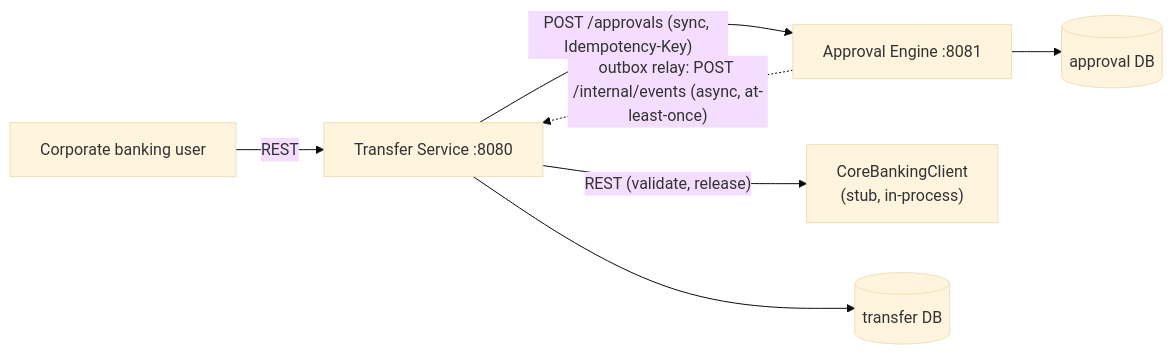
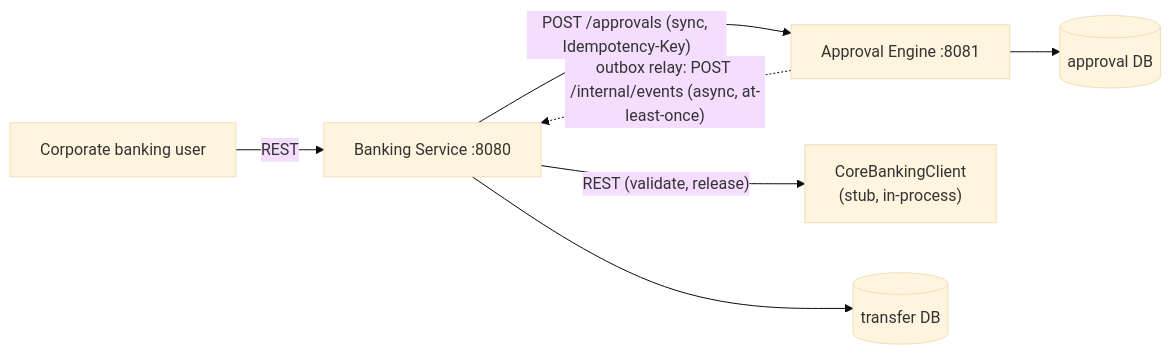
One commit to skcchoudhary21/vision-hld changed the diagram in docs/hld.md. Above: the diagram before and after it, drawn with Mermaid (base theme). The commit also changed other lines of this file and 46 other files, not shown here.

````diff
--- a/docs/hld.md
+++ b/docs/hld.md
@@ -16,9 +16,9 @@
 ```mermaid
 flowchart LR
-    User["Corporate banking user"] -->|"REST"| TS["Transfer Service :8080"]
+    User["Corporate banking user"] -->|"REST"| TS["Banking Service :8080"]
     TS -->|"POST /approvals (sync, Idempotency-Key)"| AE["Approval Engine :8081"]
     AE -.->|"outbox relay: POST /internal/events (async, at-least-once)"| TS
     TS -->|"REST (validate, release)"| CB["CoreBankingClient\n(stub, in-process)"]
     TS --> TDB[("transfer DB")]
     AE --> ADB[("approval DB")]
 ```
````
